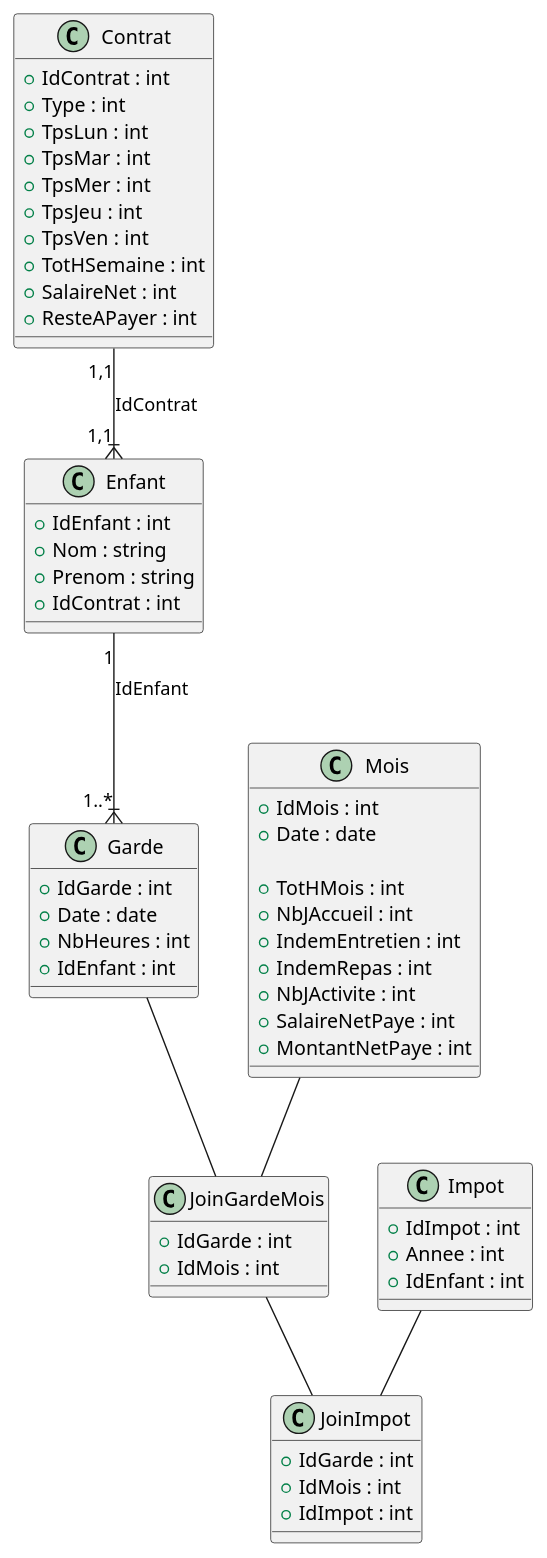
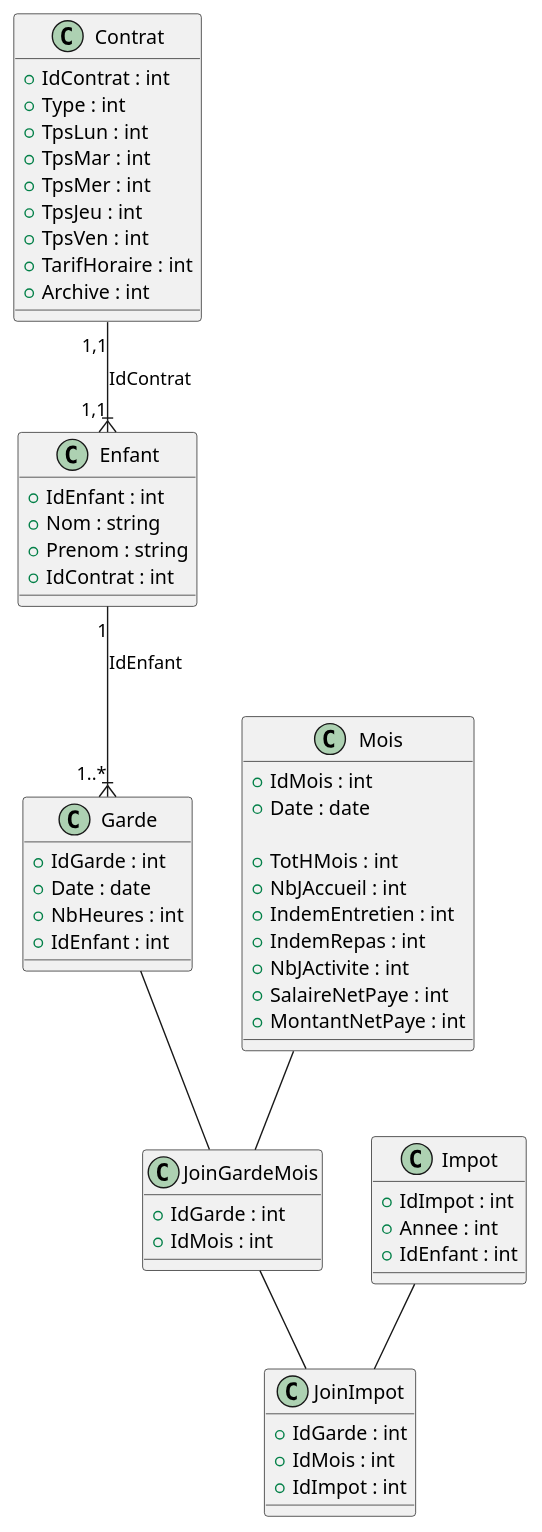
One commit to CedrineJolly/App1 changed the diagram in diagramme.puml. Above: the diagram before and after it, drawn with PlantUML. The commit also changed 3 other files, not shown here.

```diff
--- a/diagramme.puml
+++ b/diagramme.puml
@@ -1,76 +1,75 @@
 @startuml
 class Contrat 
 {
     + IdContrat : int
     + Type : int
     + TpsLun : int
     + TpsMar : int
     + TpsMer : int
     + TpsJeu : int
     + TpsVen : int
-    + TotHSemaine : int
-    + SalaireNet : int
-    + ResteAPayer : int
+    + TarifHoraire : int
+    + Archive : int
 }
 
 class Enfant
 {
     + IdEnfant : int
     + Nom : string
     + Prenom : string
     + IdContrat : int
 }
 Contrat "1,1"--|{"1,1" Enfant : IdContrat
 
 class Mois 
 {
     + IdMois : int
     + Date : date
 
     + TotHMois : int
     + NbJAccueil : int
     + IndemEntretien : int
     + IndemRepas : int
     + NbJActivite : int
     + SalaireNetPaye : int
     + MontantNetPaye : int
 
 }
 
 class Garde
 {
     + IdGarde : int
     + Date : date 
     + NbHeures : int
     + IdEnfant : int
 }
 
 Enfant "1" --|{ "1..*" Garde : IdEnfant
 
 class JoinGardeMois
 {
     + IdGarde : int
     + IdMois : int
 }
 
 Garde -- JoinGardeMois
 Mois -- JoinGardeMois
 
 class Impot
 {
     + IdImpot : int
     + Annee : int
     + IdEnfant : int
 }
 
 class JoinImpot
 {
     + IdGarde : int
     + IdMois : int
     + IdImpot : int
 }
 
 Impot -- JoinImpot
 JoinGardeMois -- JoinImpot
 
 @enduml
```
